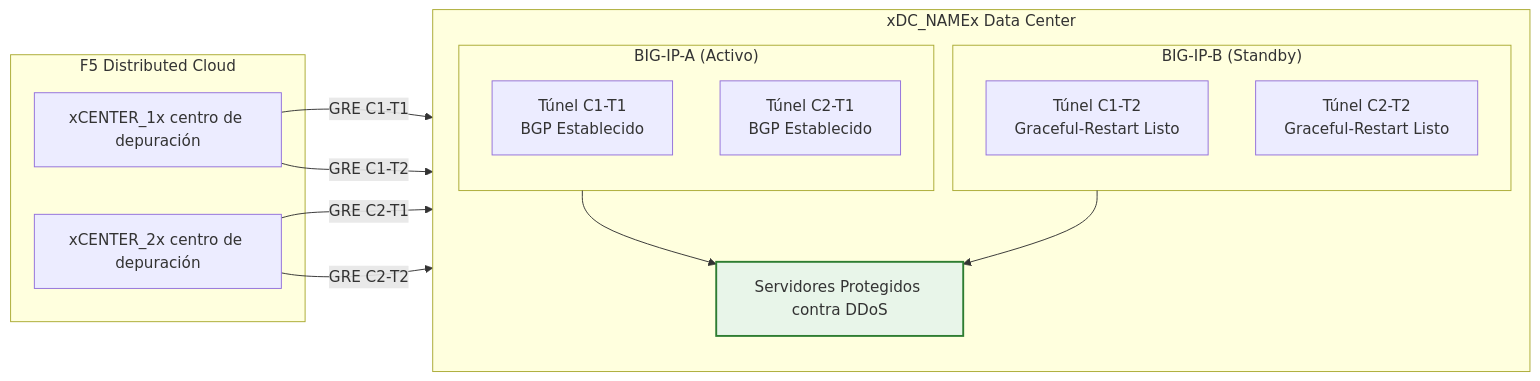
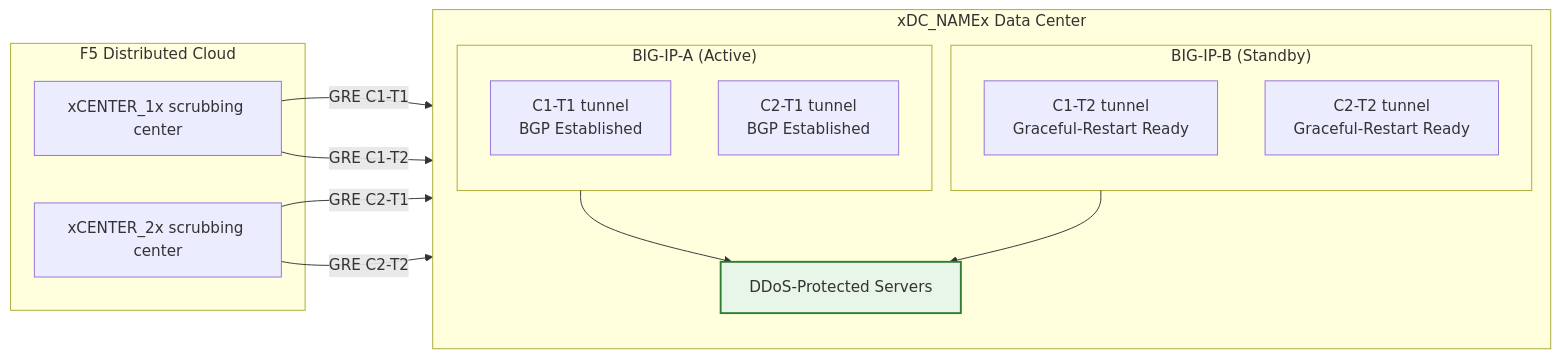
Before and after one commit to f5-sales-demo/ddos: the second of 2 diagrams in docs/es/overview.mdx, drawn with Mermaid. The commit also changed other lines of this file and 89 other files, not shown here.

````diff
--- a/docs/es/overview.mdx
+++ b/docs/es/overview.mdx
@@ -68,29 +67,29 @@
 ```mermaid
 flowchart LR
     subgraph F5XC["F5 Distributed Cloud"]
-        C1["xCENTER_1x centro de depuración"]
-        C2["xCENTER_2x centro de depuración"]
+        C1["xCENTER_1x scrubbing center"]
+        C2["xCENTER_2x scrubbing center"]
     end
 
     subgraph DC["xDC_NAMEx Data Center"]
         direction TB
-        subgraph UNITA["BIG-IP-A (Activo)"]
-            A_C1["Túnel C1-T1<br/>BGP Establecido"]
-            A_C2["Túnel C2-T1<br/>BGP Establecido"]
+        subgraph UNITA["BIG-IP-A (Active)"]
+            A_C1["C1-T1 tunnel<br/>BGP Established"]
+            A_C2["C2-T1 tunnel<br/>BGP Established"]
         end
         subgraph UNITB["BIG-IP-B (Standby)"]
-            B_C1["Túnel C1-T2<br/>Graceful-Restart Listo"]
-            B_C2["Túnel C2-T2<br/>Graceful-Restart Listo"]
+            B_C1["C1-T2 tunnel<br/>Graceful-Restart Ready"]
+            B_C2["C2-T2 tunnel<br/>Graceful-Restart Ready"]
         end
-        SERVERS["Servidores Protegidos contra DDoS"]
+        SERVERS["DDoS-Protected Servers"]
     end
 
     C1 -- "GRE C1-T1" --> A_C1
     C2 -- "GRE C2-T1" --> A_C2
     C1 -- "GRE C1-T2" --> B_C1
     C2 -- "GRE C2-T2" --> B_C2
     UNITA --> SERVERS
     UNITB --> SERVERS
 
     style SERVERS fill:#e8f5e9,stroke:#2e7d32,stroke-width:2px
 ```
````
